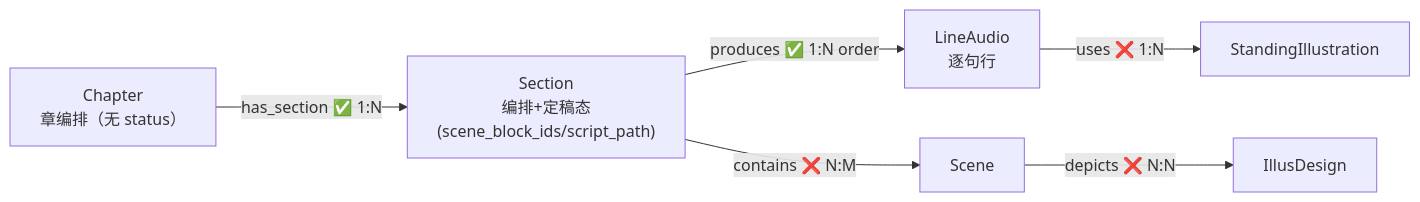
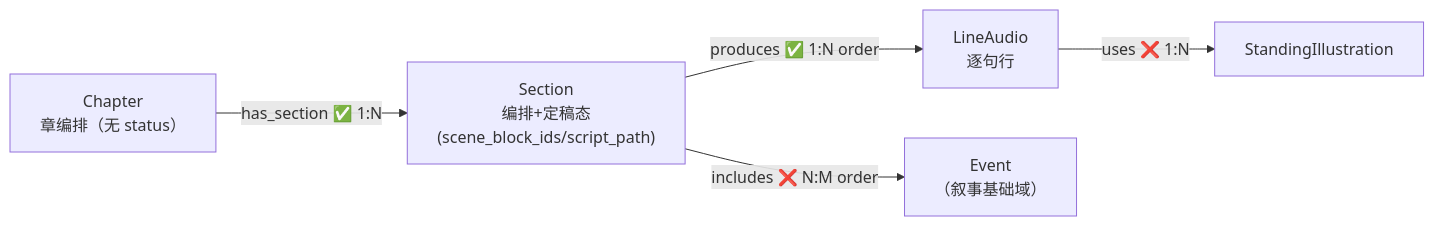
The diagram in 00_init/Schema/剧情.md (CrazyJinn/ProxyLove), drawn with Mermaid before and after one commit. The commit also changed other lines of this file and 26 other files, not shown here.

First line of the commit message:
Event 驱动化改造：图模型重构与全消费方切换

````diff
--- a/00_init/Schema/剧情.md
+++ b/00_init/Schema/剧情.md
@@ -147,8 +141,7 @@
 ```mermaid
 flowchart LR
     Chapter["Chapter<br/>章编排（无 status）"] -->|"has_section ✅ 1:N"| Section["Section<br/>编排+定稿态<br/>(scene_block_ids/script_path)"]
     Section -->|"produces ✅ 1:N order"| Line["LineAudio<br/>逐句行"]
-    Section -->|"contains ❌ N:M"| Scene["Scene"]
+    Section -->|"includes ❌ N:M order"| Event["Event<br/>（叙事基础域）"]
     Line -->|"uses ❌ 1:N"| Stand["StandingIllustration"]
-    Scene -->|"depicts ❌ N:N"| Illus["IllusDesign"]
 ```
````
